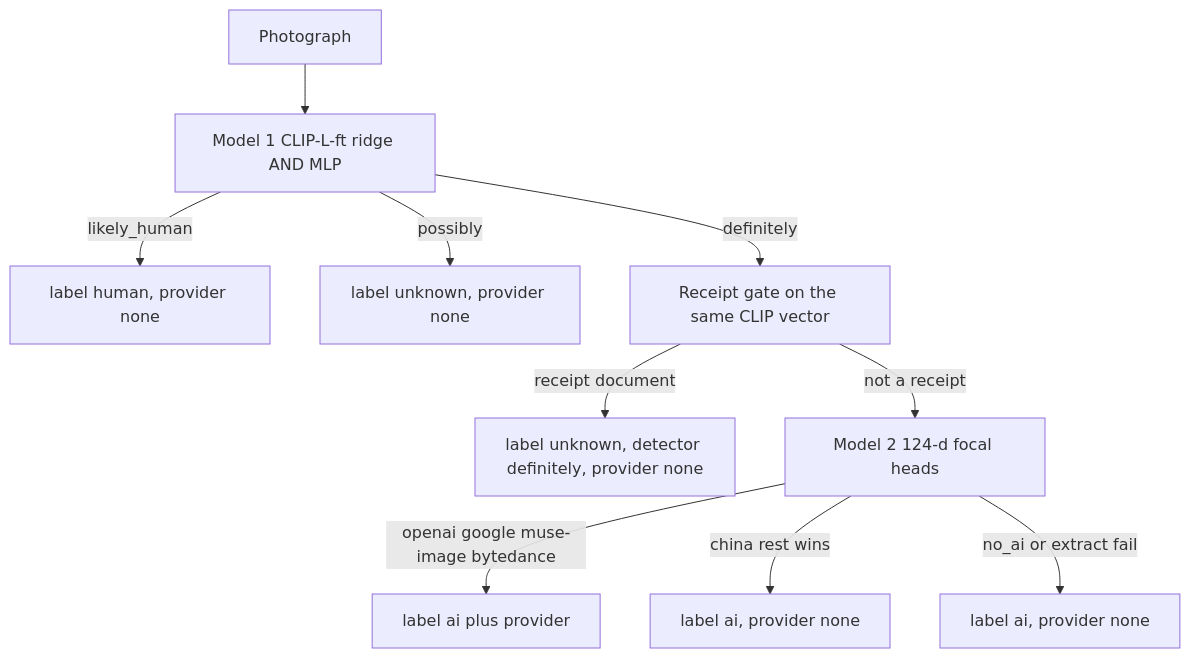
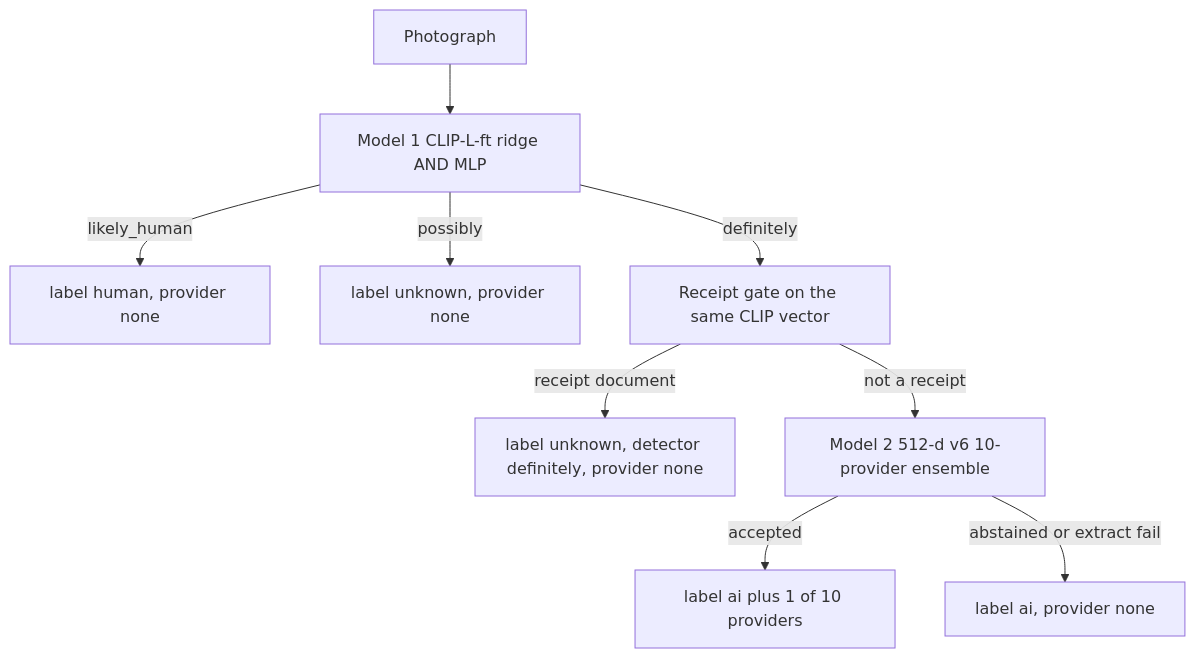
The diagram in docs/photo-classify.md (wiltodelta/remove-ai-watermarks), drawn with Mermaid before and after one commit. The commit also changed other lines of this file and 23 other files, not shown here.

````diff
--- a/docs/photo-classify.md
+++ b/docs/photo-classify.md
@@ -72,12 +72,11 @@
 ```mermaid
 flowchart TD
-  image[Photograph] --> m1[Model 1 CLIP-L-ft ridge AND MLP]
+  image["Photograph"] --> m1["Model 1 CLIP-L-ft ridge AND MLP"]
   m1 -->|likely_human| human["label human, provider none"]
   m1 -->|possibly| unk["label unknown, provider none"]
-  m1 -->|definitely| rg[Receipt gate on the same CLIP vector]
+  m1 -->|definitely| rg["Receipt gate on the same CLIP vector"]
   rg -->|receipt document| rgu["label unknown, detector definitely, provider none"]
-  rg -->|not a receipt| m2[Model 2 124-d focal heads]
-  m2 -->|openai google muse-image bytedance| named["label ai plus provider"]
-  m2 -->|china rest wins| none["label ai, provider none"]
-  m2 -->|no_ai or extract fail| aiOnly["label ai, provider none"]
+  rg -->|not a receipt| m2["Model 2 512-d v6 10-provider ensemble"]
+  m2 -->|accepted| named["label ai plus 1 of 10 providers"]
+  m2 -->|abstained or extract fail| aiOnly["label ai, provider none"]
 ```
````
